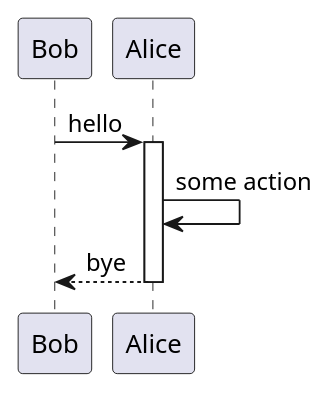
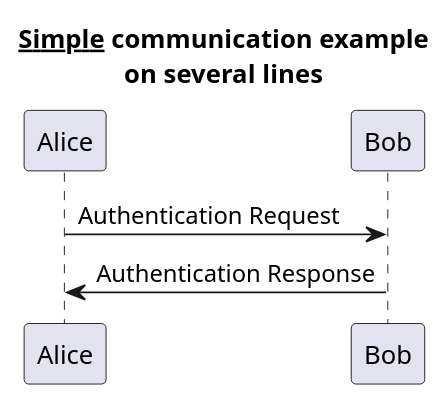
Before and after one commit to mizandarii/uml: the diagram in sequence.wsd, drawn with PlantUML.

Commit message:
14.headers

```diff
--- a/sequence.wsd
+++ b/sequence.wsd
@@ -1,8 +1,8 @@
 @startuml 
 
-Bob -> Alice: hello
-activate Alice
-Alice -> Alice : some action
-return bye
+title __Simple__ communication example\non several lines
+
+Alice -> Bob: Authentication Request
+Bob-> Alice: Authentication Response
 
 @enduml
```
